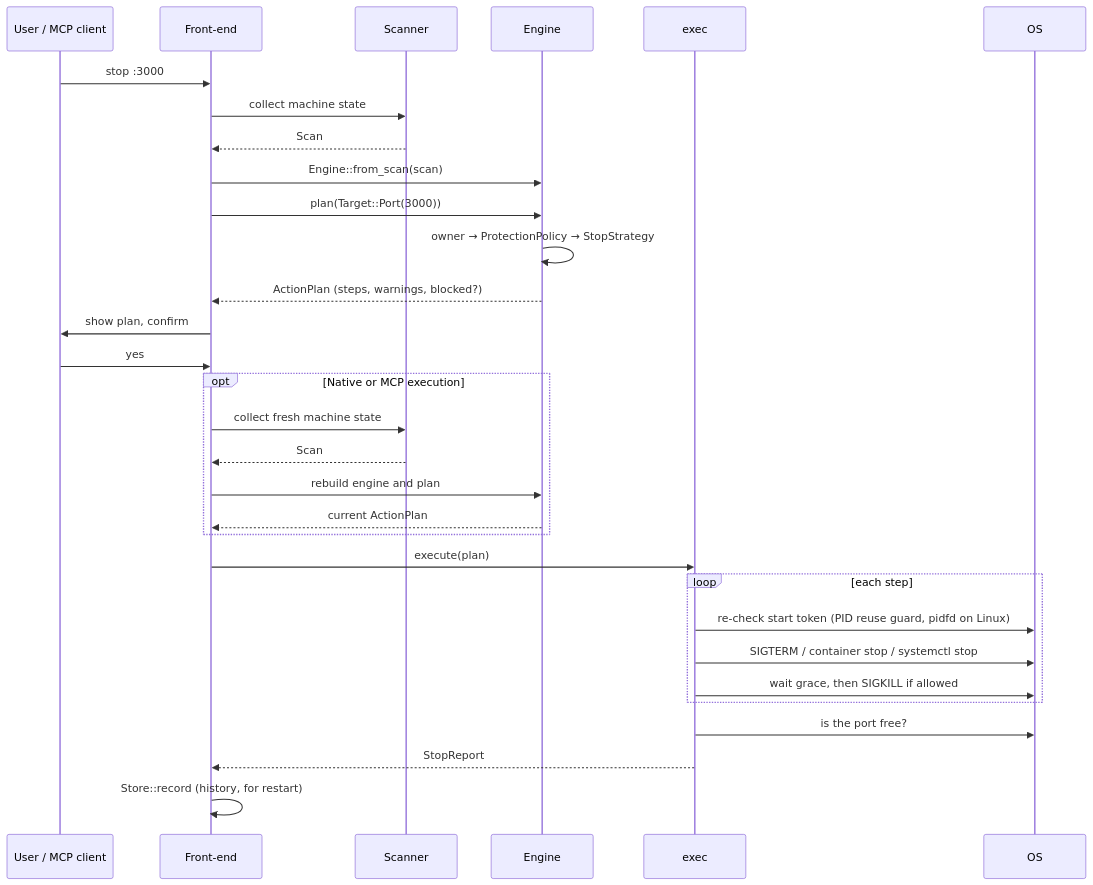
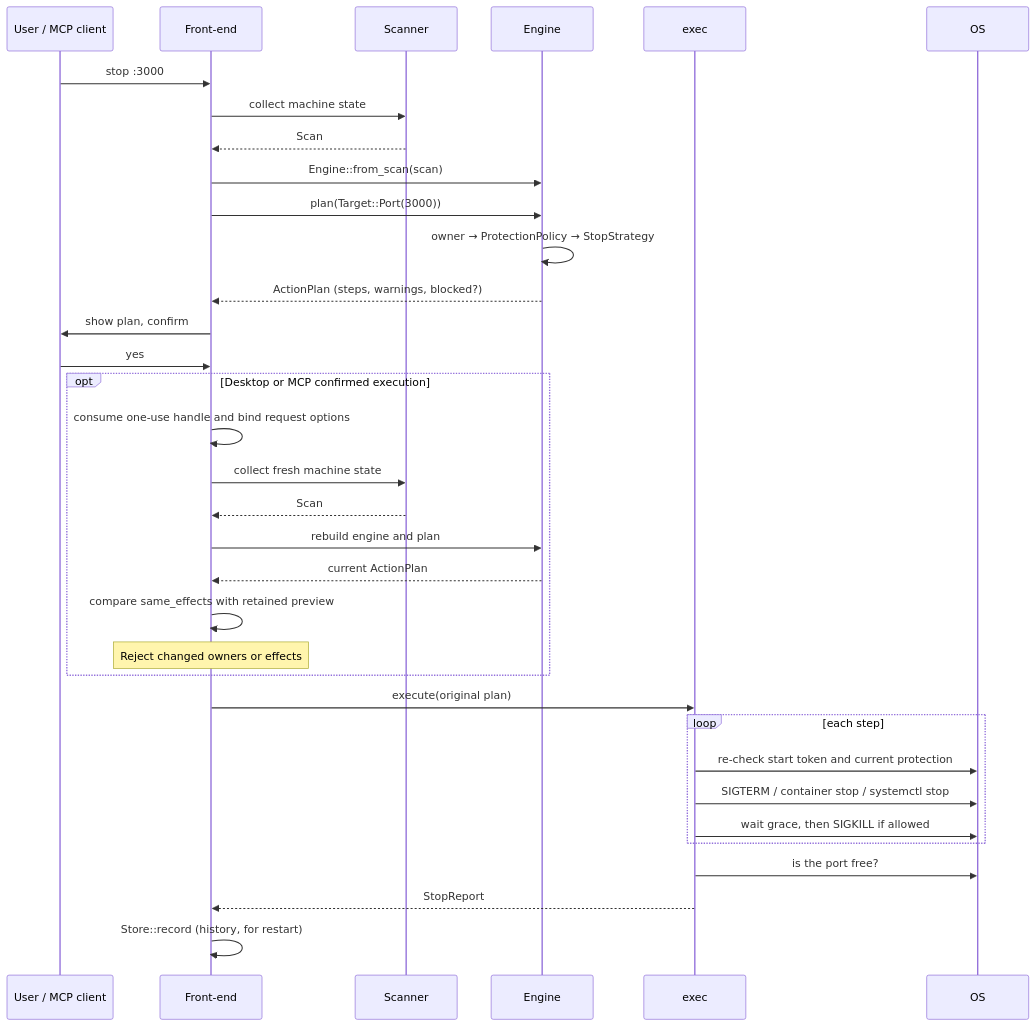
One commit to santoshshinde2012/holdmap changed the third of 6 diagrams in docs/architecture.md. Above: the diagram before and after it, drawn with Mermaid. The commit also changed other lines of this file and 198 other files, not shown here.

````diff
--- a/docs/architecture.md
+++ b/docs/architecture.md
@@ -80,33 +86,36 @@
 ```mermaid
 sequenceDiagram
   participant U as User / MCP client
   participant F as Front-end
   participant S as Scanner
   participant E as Engine
   participant X as exec
   participant OS
   U->>F: stop :3000
   F->>S: collect machine state
   S-->>F: Scan
   F->>E: Engine::from_scan(scan)
   F->>E: plan(Target::Port(3000))
   E->>E: owner → ProtectionPolicy → StopStrategy
   E-->>F: ActionPlan (steps, warnings, blocked?)
   F->>U: show plan, confirm
   U->>F: yes
-  opt Native or MCP execution
+  opt Desktop or MCP confirmed execution
+    F->>F: consume one-use handle and bind request options
     F->>S: collect fresh machine state
     S-->>F: Scan
     F->>E: rebuild engine and plan
     E-->>F: current ActionPlan
+    F->>F: compare same_effects with retained preview
+    Note over F: Reject changed owners or effects
   end
-  F->>X: execute(plan)
+  F->>X: execute(original plan)
   loop each step
-    X->>OS: re-check start token (PID reuse guard, pidfd on Linux)
+    X->>OS: re-check start token and current protection
     X->>OS: SIGTERM / container stop / systemctl stop
     X->>OS: wait grace, then SIGKILL if allowed
   end
   X->>OS: is the port free?
   X-->>F: StopReport
   F->>F: Store::record (history, for restart)
 ```
````
